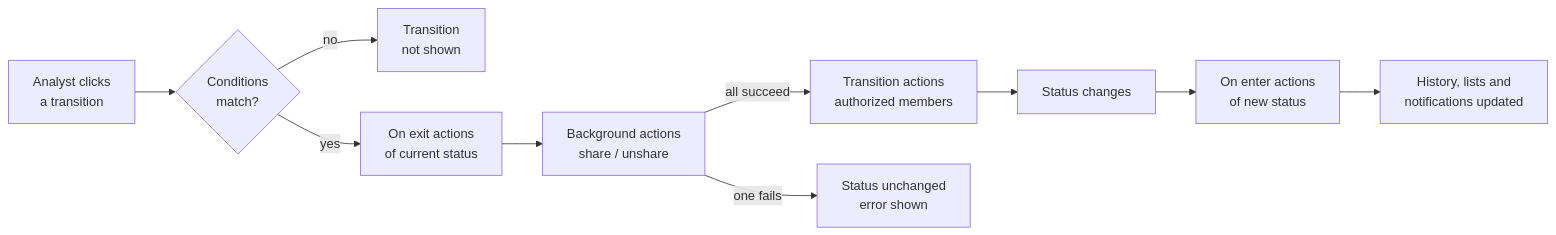
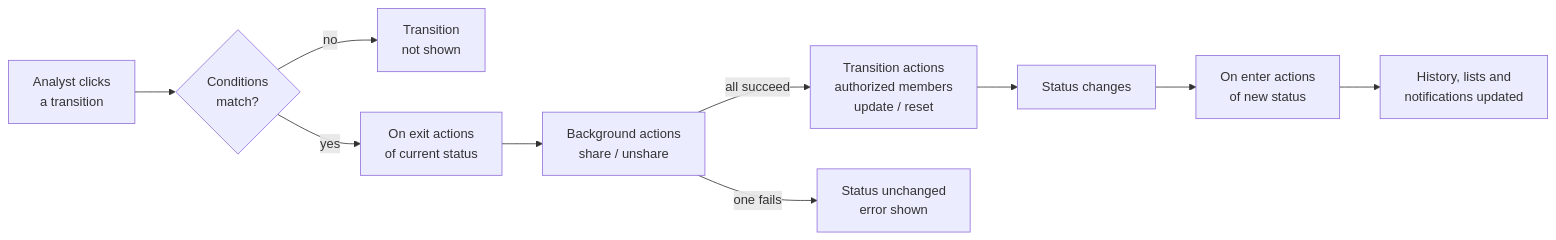
The second of 3 diagrams in docs/docs/usage/entities-workflow.md (OpenCTI-Platform/opencti), drawn with Mermaid before and after one commit. The commit also changed other lines of this file, not shown here.

````diff
--- a/docs/docs/usage/entities-workflow.md
+++ b/docs/docs/usage/entities-workflow.md
@@ -201,12 +208,12 @@
 ```mermaid
 flowchart LR
   A["Analyst clicks<br/>a transition"] --> B{"Conditions<br/>match?"}
   B -- no --> X["Transition<br/>not shown"]
   B -- yes --> C["On exit actions<br/>of current status"]
   C --> D["Background actions<br/>share / unshare"]
-  D -- all succeed --> E["Transition actions<br/>authorized members"]
+  D -- all succeed --> E["Transition actions<br/>authorized members<br/>update / reset"]
   D -- one fails --> ER["Status unchanged<br/>error shown"]
   E --> F["Status changes"]
   F --> G["On enter actions<br/>of new status"]
   G --> H["History, lists and<br/>notifications updated"]
 ```
````
